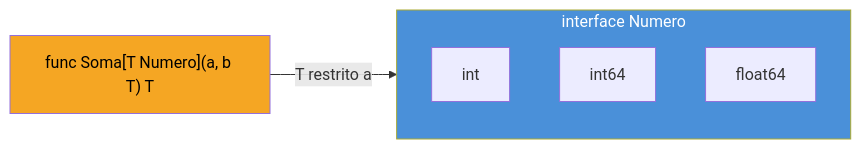
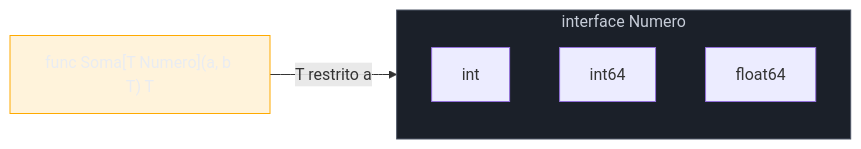
Before and after one commit to josenaldo/codex-technomanticus: the second of 3 diagrams in 03-Dominios/Tecnologia/Go/06 - Generics/03 - Constraints.md, drawn with Mermaid. The commit also changed other lines of this file and 1181 other files, not shown here.

First line of the commit message:
fix(diagramas): paleta do sistema no lugar de cor cravada no markdown

````diff
--- a/03-Dominios/Tecnologia/Go/06 - Generics/03 - Constraints.md
+++ b/03-Dominios/Tecnologia/Go/06 - Generics/03 - Constraints.md
@@ -99,13 +101,15 @@
 ```mermaid
 flowchart LR
+    classDef neutro fill:#1B2029,stroke:#4E5666,color:#C6CCD8
+    classDef destaque fill:#FFAA0024,stroke:#FFAA00,color:#E9ECF2
     subgraph Interface["interface Numero"]
         direction TB
         T1["int"]
         T2["int64"]
         T3["float64"]
     end
     F["func Soma[T Numero](a, b T) T"] -->|"T restrito a"| Interface
 
-    style Interface fill:#4A90D9,color:#fff
-    style F fill:#F5A623,color:#000
+    class Interface neutro
+    class F destaque
 ```
````
